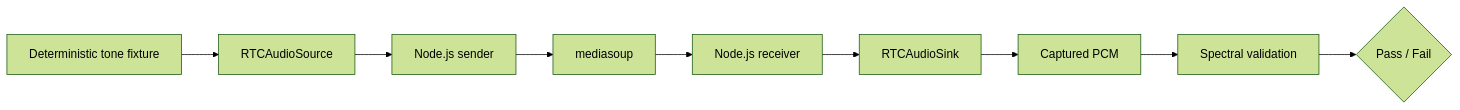
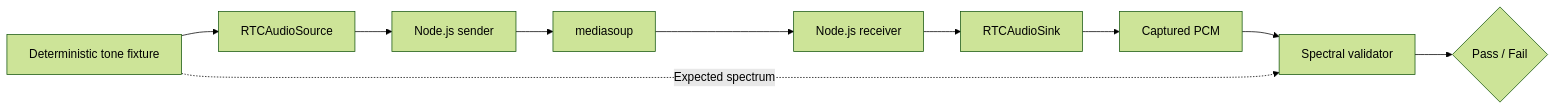
Before and after one commit to piranna/piranna.github.io: diagram 23 of 28 in _drafts/Beyond-the-Browser-Running-mediasoup-client-in-Node.js-as-a-Headless-WebRTC-Endpoint.md, drawn with Mermaid (forest theme). The commit also changed other lines of this file, not shown here.

````diff
--- a/_drafts/Beyond-the-Browser-Running-mediasoup-client-in-Node.js-as-a-Headless-WebRTC-Endpoint.md
+++ b/_drafts/Beyond-the-Browser-Running-mediasoup-client-in-Node.js-as-a-Headless-WebRTC-Endpoint.md
@@ -1367,16 +1345,17 @@
 ```mermaid
 flowchart LR
 
 Fixture["Deterministic tone fixture"]
 Source["RTCAudioSource"]
 Sender["Node.js sender"]
 MS["mediasoup"]
 Receiver["Node.js receiver"]
 Sink["RTCAudioSink"]
 Capture["Captured PCM"]
-FFT["Spectral validation"]
+FFT["Spectral validator"]
 Result{"Pass / Fail"}
 
 Fixture --> Source --> Sender --> MS --> Receiver --> Sink --> Capture --> FFT
+Fixture -. "Expected spectrum" .-> FFT
 FFT --> Result
 ```
````
